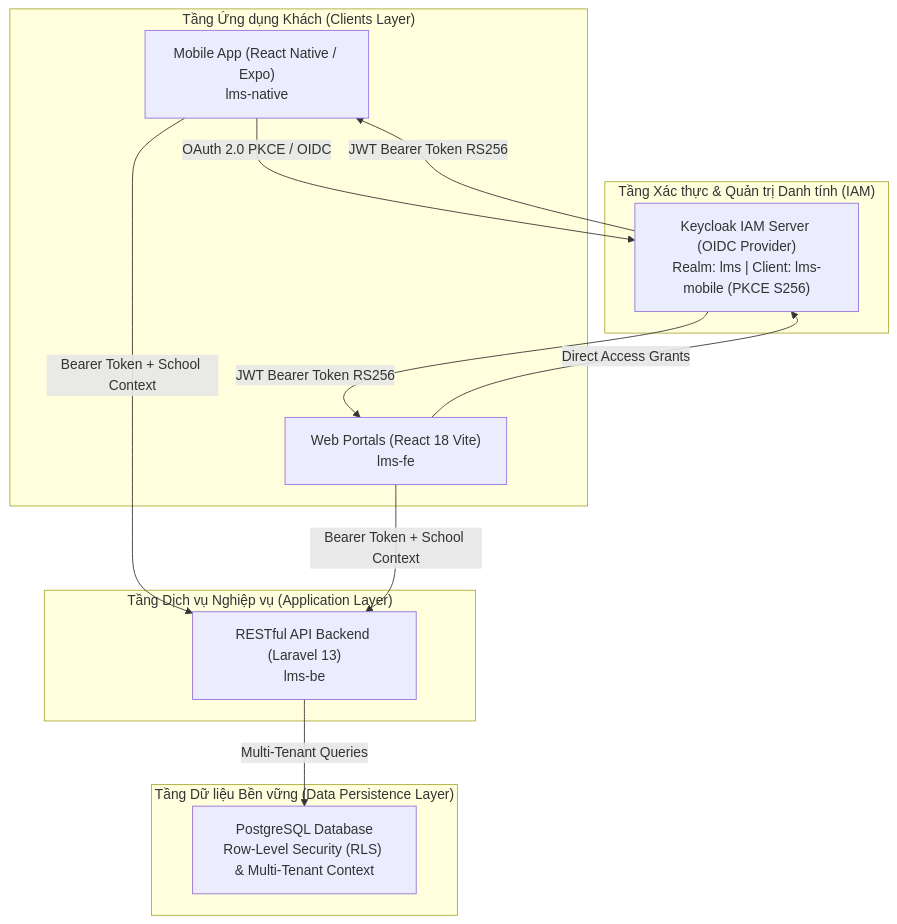
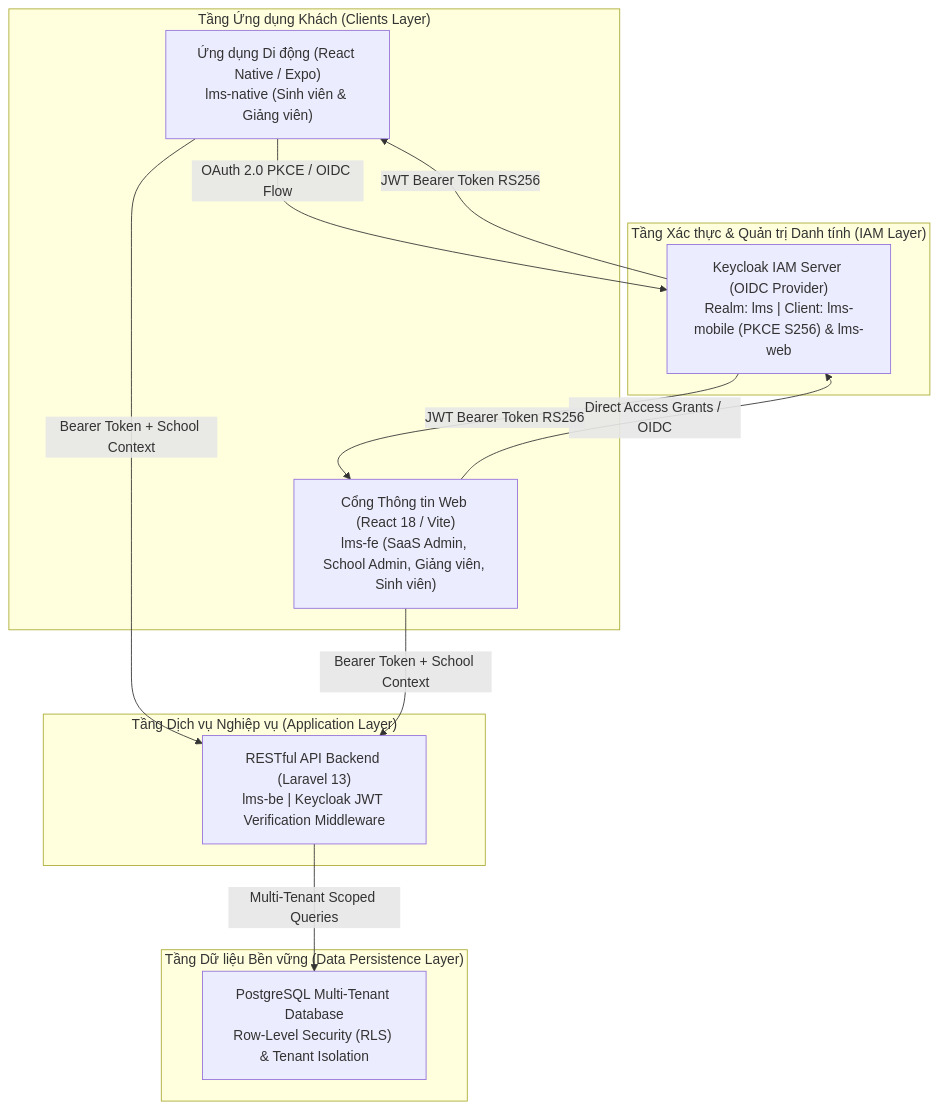
Before and after one commit to Taibro/LearningManagementSystem-PHP: the diagram in README.md, drawn with Mermaid. The commit also changed other lines of this file, not shown here.

Commit message:
docs(repo): restructure README into comprehensive multi-tenant platform documentation

````diff
--- a/README.md
+++ b/README.md
@@ -11,27 +24,27 @@
 ```mermaid
 flowchart TD
     subgraph Clients["Tầng Ứng dụng Khách (Clients Layer)"]
-        MobileApp["Mobile App (React Native / Expo)<br/>lms-native"]
-        WebPortal["Web Portals (React 18 Vite)<br/>lms-fe"]
+        MobileApp["Ứng dụng Di động (React Native / Expo)<br/>lms-native (Sinh viên & Giảng viên)"]
+        WebPortal["Cổng Thông tin Web (React 18 / Vite)<br/>lms-fe (SaaS Admin, School Admin, Giảng viên, Sinh viên)"]
     end
 
-    subgraph Identity["Tầng Xác thực & Quản trị Danh tính (IAM)"]
-        Keycloak["Keycloak IAM Server (OIDC Provider)<br/>Realm: lms | Client: lms-mobile (PKCE S256)"]
+    subgraph Identity["Tầng Xác thực & Quản trị Danh tính (IAM Layer)"]
+        Keycloak["Keycloak IAM Server (OIDC Provider)<br/>Realm: lms | Client: lms-mobile (PKCE S256) & lms-web"]
     end
 
     subgraph Backend["Tầng Dịch vụ Nghiệp vụ (Application Layer)"]
-        APIGateway["RESTful API Backend (Laravel 13)<br/>lms-be"]
+    APIGateway["RESTful API Backend (Laravel 13)<br/>lms-be | Keycloak JWT Verification Middleware"]
     end
 
     subgraph Data["Tầng Dữ liệu Bền vững (Data Persistence Layer)"]
-        Postgres["PostgreSQL Database<br/>Row-Level Security (RLS) & Multi-Tenant Context"]
+        Postgres["PostgreSQL Multi-Tenant Database<br/>Row-Level Security (RLS) & Tenant Isolation"]
     end
 
-    MobileApp -->|OAuth 2.0 PKCE / OIDC| Keycloak
-    WebPortal -->|Direct Access Grants| Keycloak
+    MobileApp -->|OAuth 2.0 PKCE / OIDC Flow| Keycloak
+    WebPortal -->|Direct Access Grants / OIDC| Keycloak
     Keycloak -->|JWT Bearer Token RS256| MobileApp
     Keycloak -->|JWT Bearer Token RS256| WebPortal
     MobileApp -->|Bearer Token + School Context| APIGateway
     WebPortal -->|Bearer Token + School Context| APIGateway
-    APIGateway -->|Multi-Tenant Queries| Postgres
+    APIGateway -->|Multi-Tenant Scoped Queries| Postgres
 ```
````
